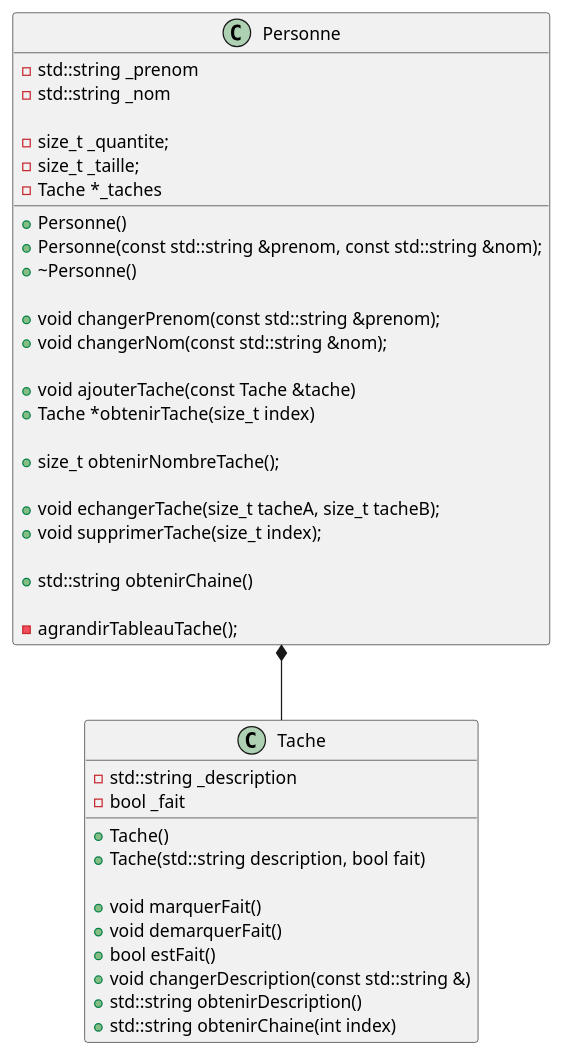
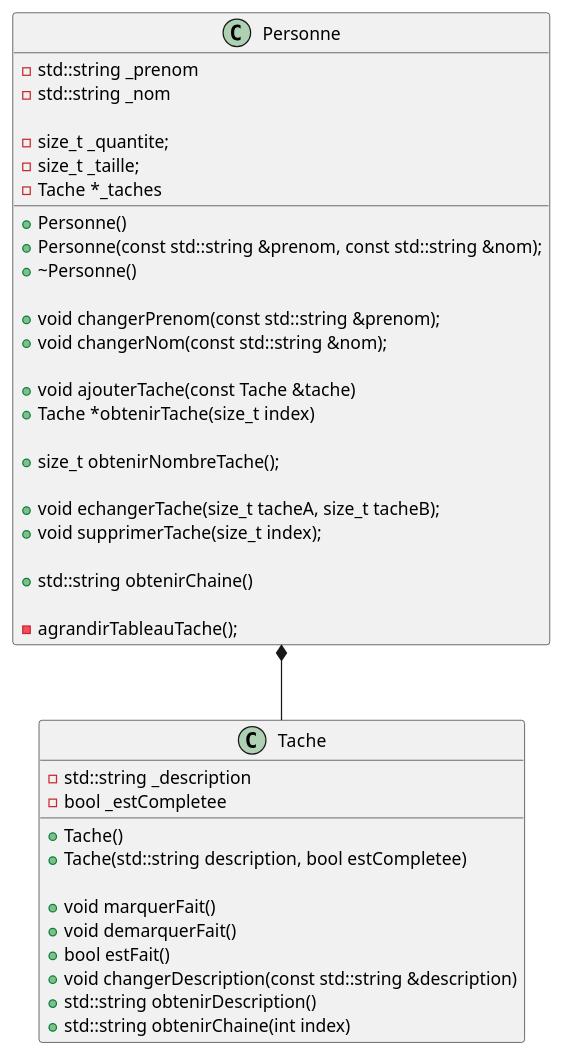
The fifth of 6 diagrams in laboratoires/lab02-oop1/consignes/lab02.md (plbrault/420-SF2-RE), drawn with PlantUML before and after one commit. The commit also changed other lines of this file, not shown here.

Commit message:
Change les fait par estCompletee

````diff
--- a/laboratoires/lab02-oop1/consignes/lab02.md
+++ b/laboratoires/lab02-oop1/consignes/lab02.md
@@ -501,48 +500,48 @@
 ```plantuml
 @startuml
 Personne *-- Tache
 
 class Tache {
     - std::string _description
-    - bool _fait
+    - bool _estCompletee
 
     + Tache()
-    + Tache(std::string description, bool fait)
+    + Tache(std::string description, bool estCompletee)
 
     + void marquerFait()
     + void demarquerFait()
     + bool estFait()
-    + void changerDescription(const std::string &)
+    + void changerDescription(const std::string &description)
     + std::string obtenirDescription()
     + std::string obtenirChaine(int index)
 }
 
 class Personne {
     - std::string _prenom
     - std::string _nom
 
     - size_t _quantite;
     - size_t _taille;
     - Tache *_taches
 
     + Personne()
     + Personne(const std::string &prenom, const std::string &nom);
     + ~Personne()
 
     + void changerPrenom(const std::string &prenom);
     + void changerNom(const std::string &nom);
 
     + void ajouterTache(const Tache &tache)
     + Tache *obtenirTache(size_t index)
     
     + size_t obtenirNombreTache();
 
     + void echangerTache(size_t tacheA, size_t tacheB);
     + void supprimerTache(size_t index);
 
     + std::string obtenirChaine()
 
     - agrandirTableauTache();
 }
 @enduml
 ```
````
